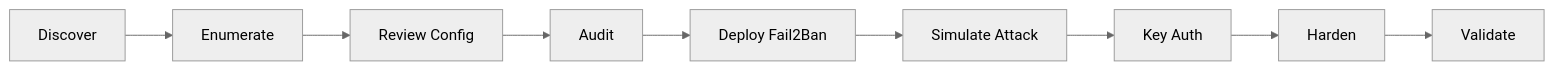
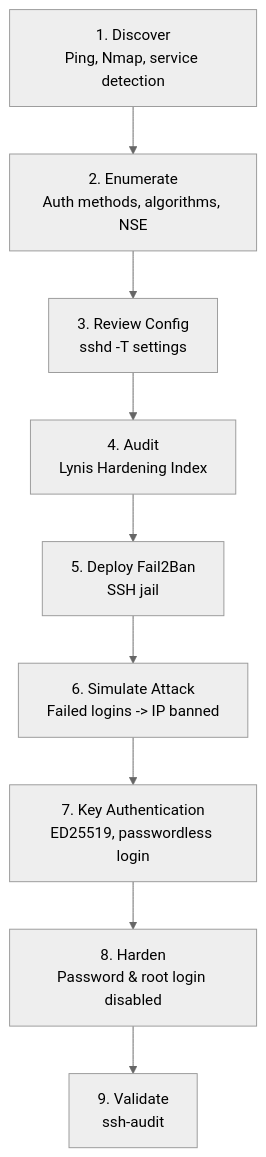
One commit to siakin110605/CyberSecurity-HomeLab changed the diagram in Lab-04-SSH-Hardening-and-Secure-Remote-Access/README.md. Above: the diagram before and after it, drawn with Mermaid (neutral theme). The commit also changed 1 other file, not shown here.

Commit message:
Simplify root README back to a readable, unfussy landing page
Dropped the hero badge row and the standalone methodology section
(folded into the intro paragraph instead), reverted the Lab Index
to a plain 3-column table, and moved the Skills Matrix below the
Lab Index. Fixed Lab 04's inline architecture diagram to a vertical,
readable Mermaid flow instead of a cramped single-line chain.

````diff
--- a/Lab-04-SSH-Hardening-and-Secure-Remote-Access/README.md
+++ b/Lab-04-SSH-Hardening-and-Secure-Remote-Access/README.md
@@ -14,4 +14,14 @@
 ```mermaid
-graph LR
-    A["Discover"] --> B["Enumerate"] --> C["Review Config"] --> D["Audit"] --> E["Deploy Fail2Ban"] --> F["Simulate Attack"] --> G["Key Auth"] --> H["Harden"] --> I["Validate"]
+graph TD
+    A["1. Discover<br/>Ping, Nmap, service detection"]
+    B["2. Enumerate<br/>Auth methods, algorithms, NSE"]
+    C["3. Review Config<br/>sshd -T settings"]
+    D["4. Audit<br/>Lynis Hardening Index"]
+    E["5. Deploy Fail2Ban<br/>SSH jail"]
+    F["6. Simulate Attack<br/>Failed logins -> IP banned"]
+    G["7. Key Authentication<br/>ED25519, passwordless login"]
+    H["8. Harden<br/>Password & root login disabled"]
+    I["9. Validate<br/>ssh-audit"]
+
+    A --> B --> C --> D --> E --> F --> G --> H --> I
 ```
````
